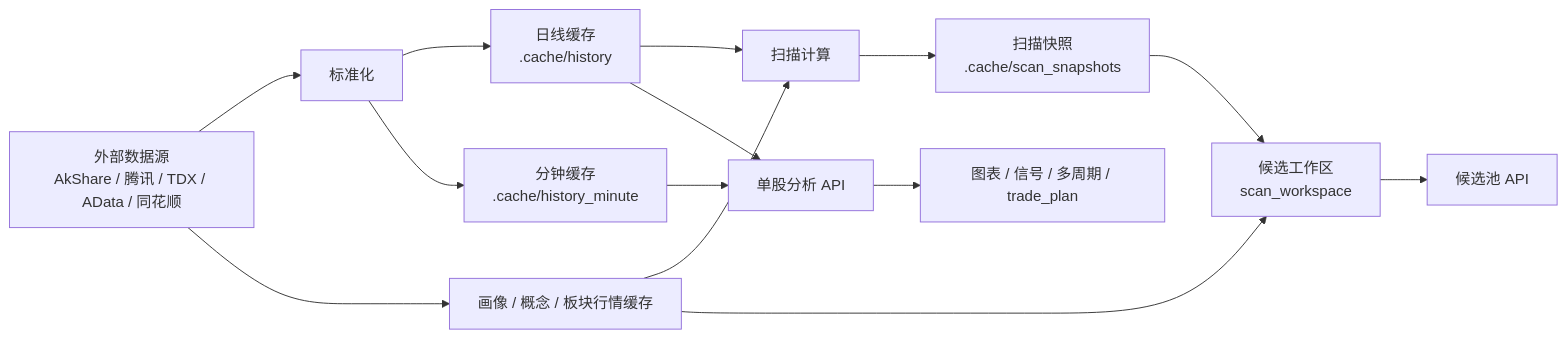
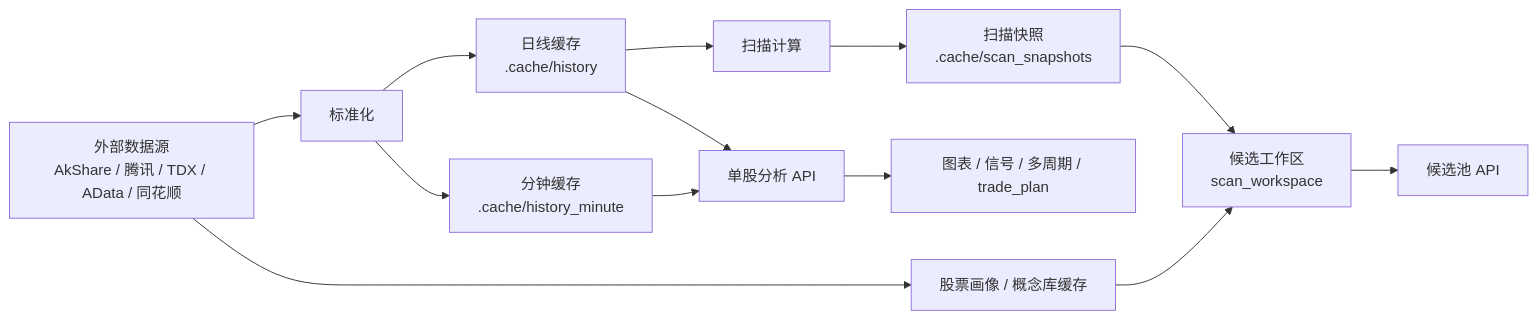
The second of 2 diagrams in docs/current-feature-flow.md (moyla-dva/stock), drawn with Mermaid before and after one commit. The commit also changed other lines of this file and 196 other files, not shown here.

````diff
--- a/docs/current-feature-flow.md
+++ b/docs/current-feature-flow.md
@@ -43,18 +42,17 @@
 ```mermaid
 flowchart LR
     P[外部数据源<br/>AkShare / 腾讯 / TDX / AData / 同花顺] --> N[标准化]
     N --> H[日线缓存<br/>.cache/history]
     N --> M[分钟缓存<br/>.cache/history_minute]
-    P --> C[画像 / 概念 / 板块行情缓存]
+    P --> C[股票画像 / 概念库缓存]
 
     H --> S[扫描计算]
-    C --> S
     S --> SS[扫描快照<br/>.cache/scan_snapshots]
     SS --> W[候选工作区<br/>scan_workspace]
     C --> W
     W --> R[候选池 API]
 
     H --> A[单股分析 API]
     M --> A
     A --> T[图表 / 信号 / 多周期 / trade_plan]
 ```
````
